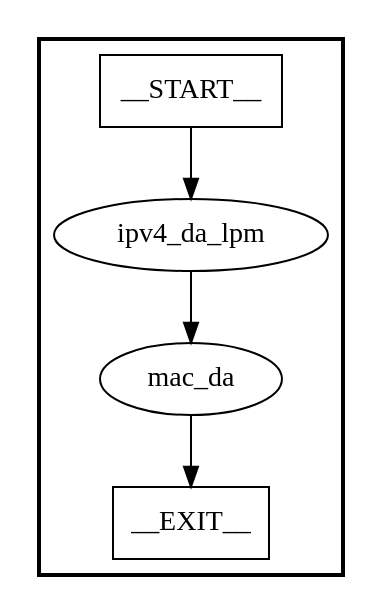
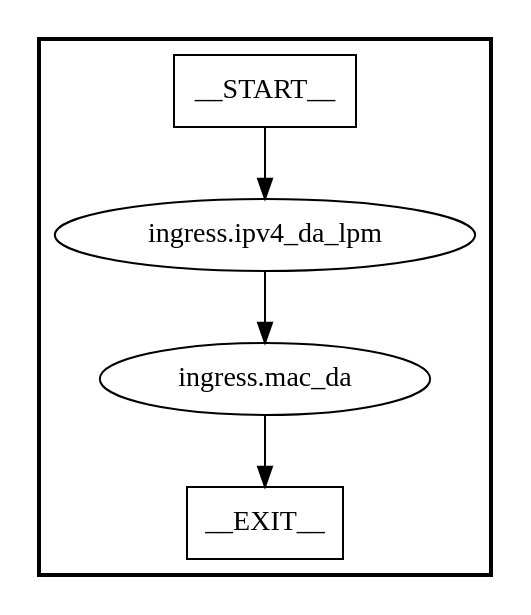
The diagram in demo1/graphs/ingress.dot (jafingerhut/p4-guide), drawn with Graphviz before and after one commit. The commit also changed 32 other files, not shown here.

Commit message:
Update .dot and .png graphs to those generated with p4c-graphs of 2018-Oct-20

```diff
--- a/demo1/graphs/ingress.dot
+++ b/demo1/graphs/ingress.dot
@@ -1,13 +1,13 @@
 digraph ingress {
 subgraph cluster {
 graph [
 label="", labeljust=r, style=bold];
 0[label=__START__, margin="", shape=rectangle, style=solid];
 1[label=__EXIT__, margin="", shape=rectangle, style=solid];
-2[label=ipv4_da_lpm, margin="", shape=ellipse, style=solid];
-3[label=mac_da, margin="", shape=ellipse, style=solid];
+2[label="ingress.ipv4_da_lpm", margin="", shape=ellipse, style=solid];
+3[label="ingress.mac_da", margin="", shape=ellipse, style=solid];
 0 -> 2[label=""];
 2 -> 3[label=""];
 3 -> 1[label=""];
 }
 }
```
